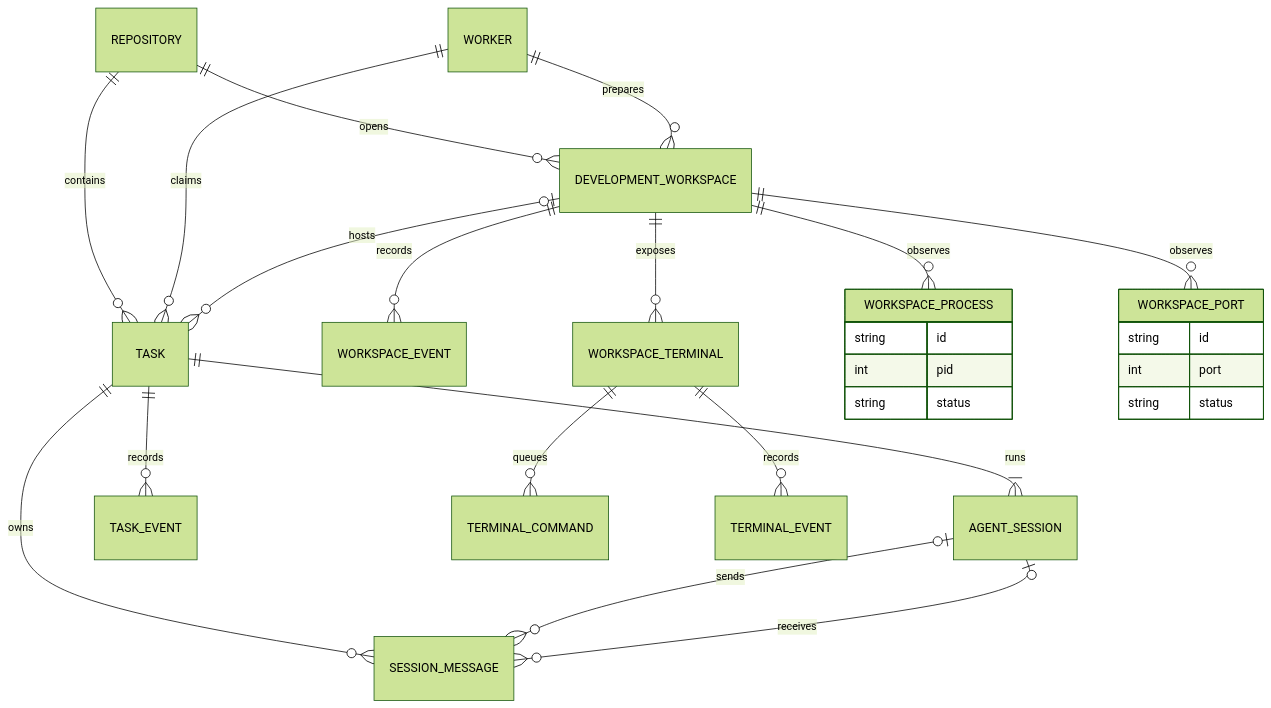
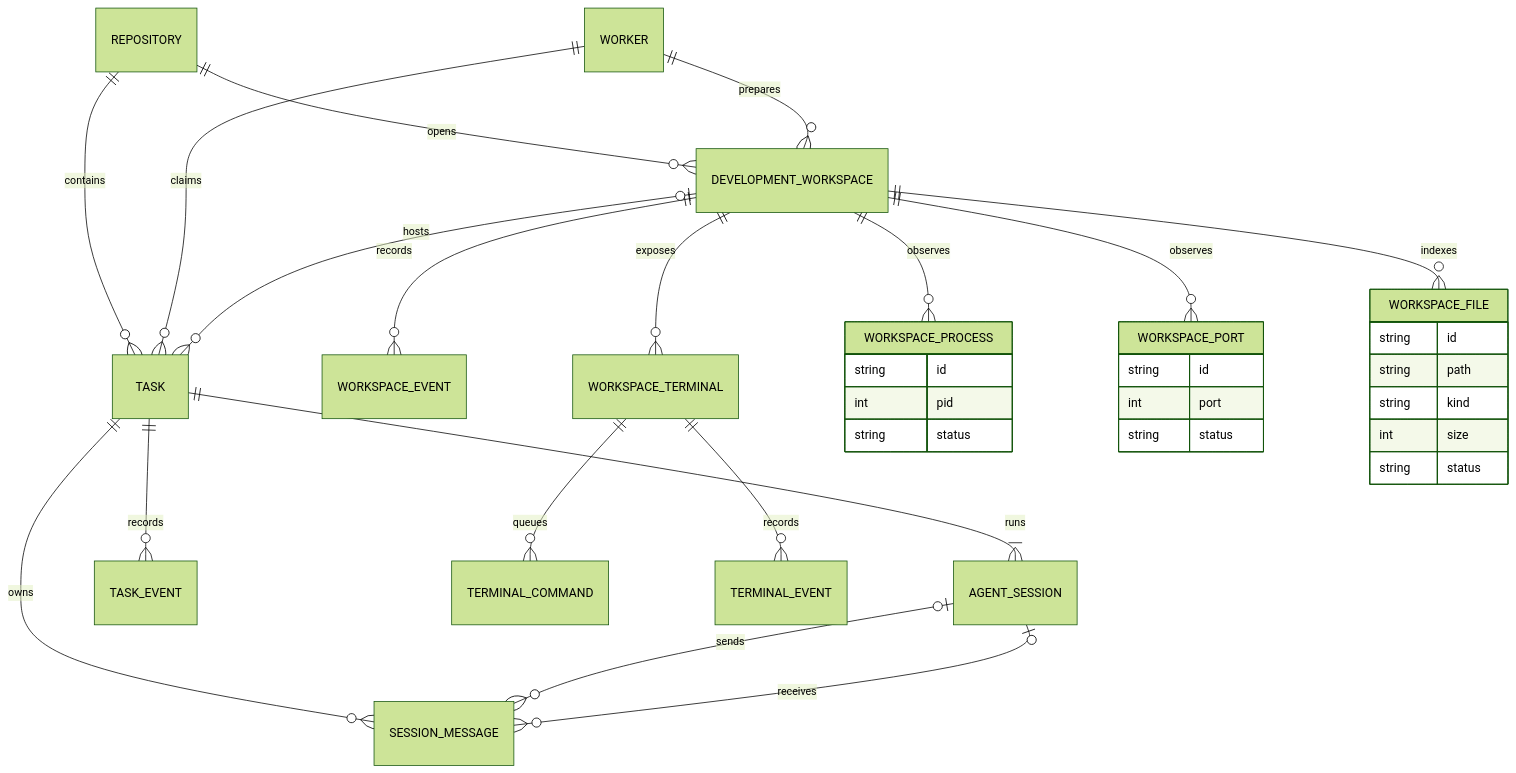
One commit to Jhonwivk/TeamWeave changed the first of 3 diagrams in docs/ARCHITECTURE.md. Above: the diagram before and after it, drawn with Mermaid (forest theme). The commit also changed other lines of this file and 11 other files, not shown here.

````diff
--- a/docs/ARCHITECTURE.md
+++ b/docs/ARCHITECTURE.md
@@ -19,29 +19,37 @@
 ```mermaid
 erDiagram
     REPOSITORY ||--o{ TASK : contains
     WORKER ||--o{ TASK : claims
     TASK ||--|{ AGENT_SESSION : runs
     TASK ||--o{ TASK_EVENT : records
     TASK ||--o{ SESSION_MESSAGE : owns
     REPOSITORY ||--o{ DEVELOPMENT_WORKSPACE : opens
     WORKER ||--o{ DEVELOPMENT_WORKSPACE : prepares
     DEVELOPMENT_WORKSPACE ||--o{ WORKSPACE_EVENT : records
     DEVELOPMENT_WORKSPACE ||--o{ WORKSPACE_TERMINAL : exposes
     DEVELOPMENT_WORKSPACE ||--o{ WORKSPACE_PROCESS : observes
     DEVELOPMENT_WORKSPACE ||--o{ WORKSPACE_PORT : observes
+    DEVELOPMENT_WORKSPACE ||--o{ WORKSPACE_FILE : indexes
     WORKSPACE_TERMINAL ||--o{ TERMINAL_COMMAND : queues
     WORKSPACE_TERMINAL ||--o{ TERMINAL_EVENT : records
     DEVELOPMENT_WORKSPACE o|--o{ TASK : hosts
     AGENT_SESSION o|--o{ SESSION_MESSAGE : sends
     AGENT_SESSION o|--o{ SESSION_MESSAGE : receives
     WORKSPACE_PROCESS {
       string id
       int pid
       string status
     }
     WORKSPACE_PORT {
       string id
       int port
       string status
     }
+    WORKSPACE_FILE {
+      string id
+      string path
+      string kind
+      int size
+      string status
+    }
 ```
````
